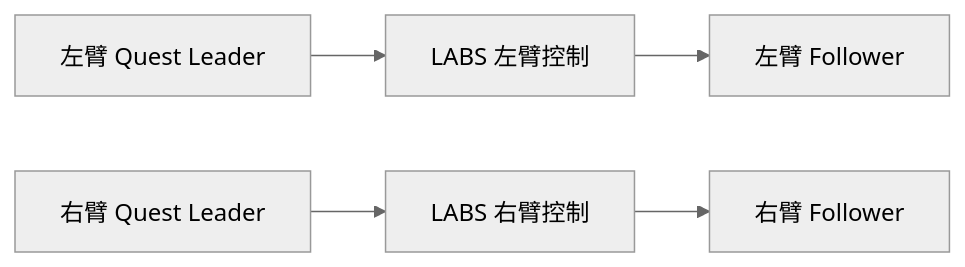
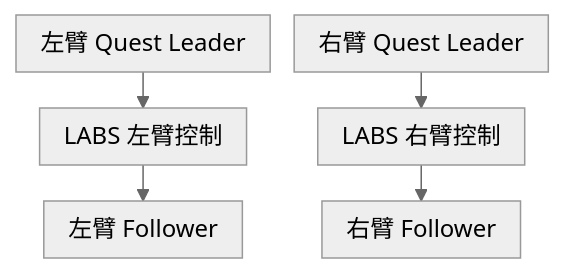
One commit to YYxzz8866/Quest-Proposal changed the third of 4 diagrams in 3、Topic.md. Above: the diagram before and after it, drawn with Mermaid (neutral theme). The commit also changed other lines of this file and 9 other files, not shown here.

````diff
--- a/3、Topic.md
+++ b/3、Topic.md
@@ -97,12 +99,13 @@
 ```mermaid
-flowchart LR
+%%{init: {"htmlLabels": false, "flowchart": {"htmlLabels": false, "useMaxWidth": true, "nodeSpacing": 16, "rankSpacing": 24, "padding": 8}}}%%
+flowchart TD
     LLeader["左臂 Quest Leader"]
     LRelay["LABS 左臂控制"]
     LFollower["左臂 Follower"]
     RLeader["右臂 Quest Leader"]
     RRelay["LABS 右臂控制"]
     RFollower["右臂 Follower"]
 
     LLeader --> LRelay --> LFollower
     RLeader --> RRelay --> RFollower
 ```
````
